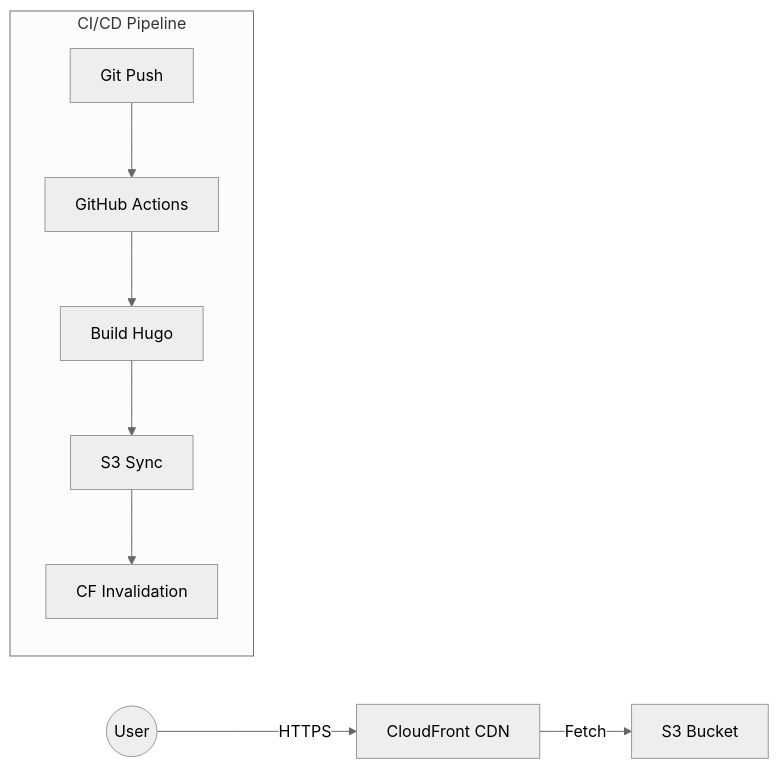
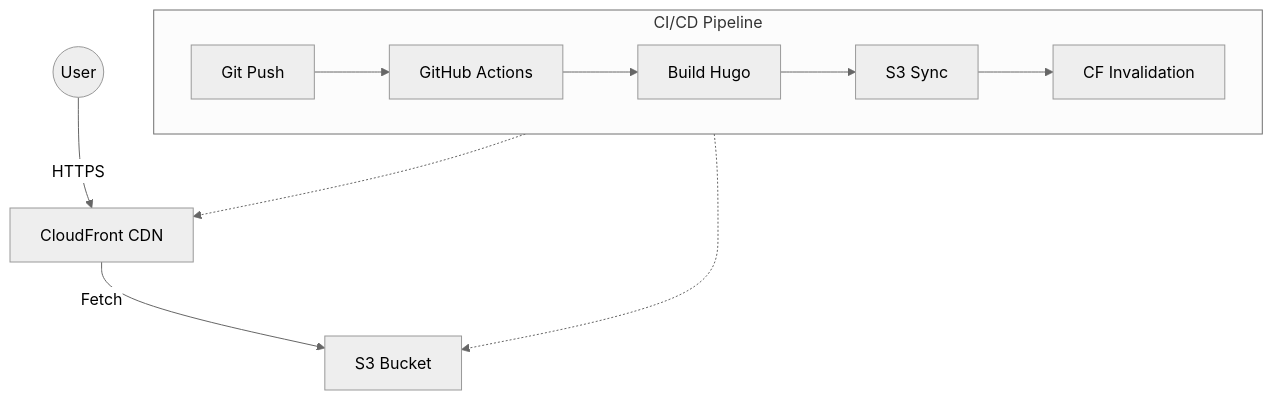
Before and after one commit to v2themac/vmac-cv-website: the diagram in README.md, drawn with Mermaid (neutral theme).

````diff
--- a/README.md
+++ b/README.md
@@ -16,11 +16,16 @@
 ```mermaid
-graph LR
+graph TD
     User((User)) -->|HTTPS| CF[CloudFront CDN]
     CF -->|Fetch| S3[S3 Bucket]
+
     subgraph Automation [CI/CD Pipeline]
+        direction LR
         Push[Git Push] --> Actions[GitHub Actions]
         Actions --> Hugo[Build Hugo]
         Hugo --> Sync[S3 Sync]
         Sync --> Purge[CF Invalidation]
     end
+
+    Purge -.-> CF
+    Sync -.-> S3
 ```
````
